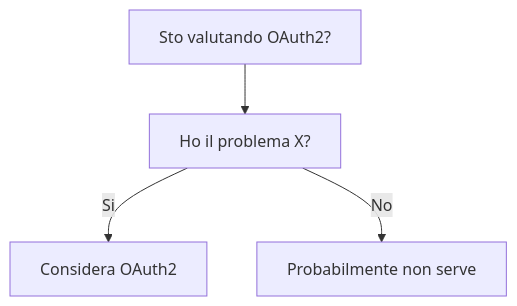
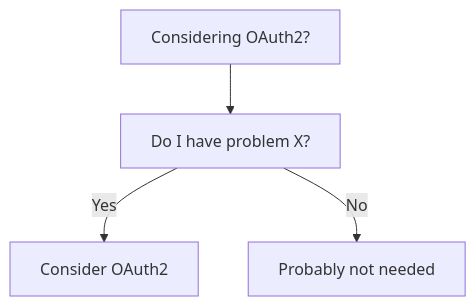
The diagram in dev-wiki/08_Security/OAuth2/When_To_Use.md (HxT9/Software-Dev-Wiki), drawn with Mermaid before and after one commit. The commit also changed other lines of this file and 3444 other files, not shown here.

````diff
--- a/dev-wiki/08_Security/OAuth2/When_To_Use.md
+++ b/dev-wiki/08_Security/OAuth2/When_To_Use.md
@@ -19,6 +19,6 @@
 ```mermaid
 flowchart TD
-  Q[Sto valutando OAuth2?] --> Q1[Ho il problema X?]
-  Q1 -->|Si| OK[Considera OAuth2]
-  Q1 -->|No| NO[Probabilmente non serve]
+  Q[Considering OAuth2?] --> Q1[Do I have problem X?]
+  Q1 -->|Yes| OK[Consider OAuth2]
+  Q1 -->|No| NO[Probably not needed]
 ```
````
